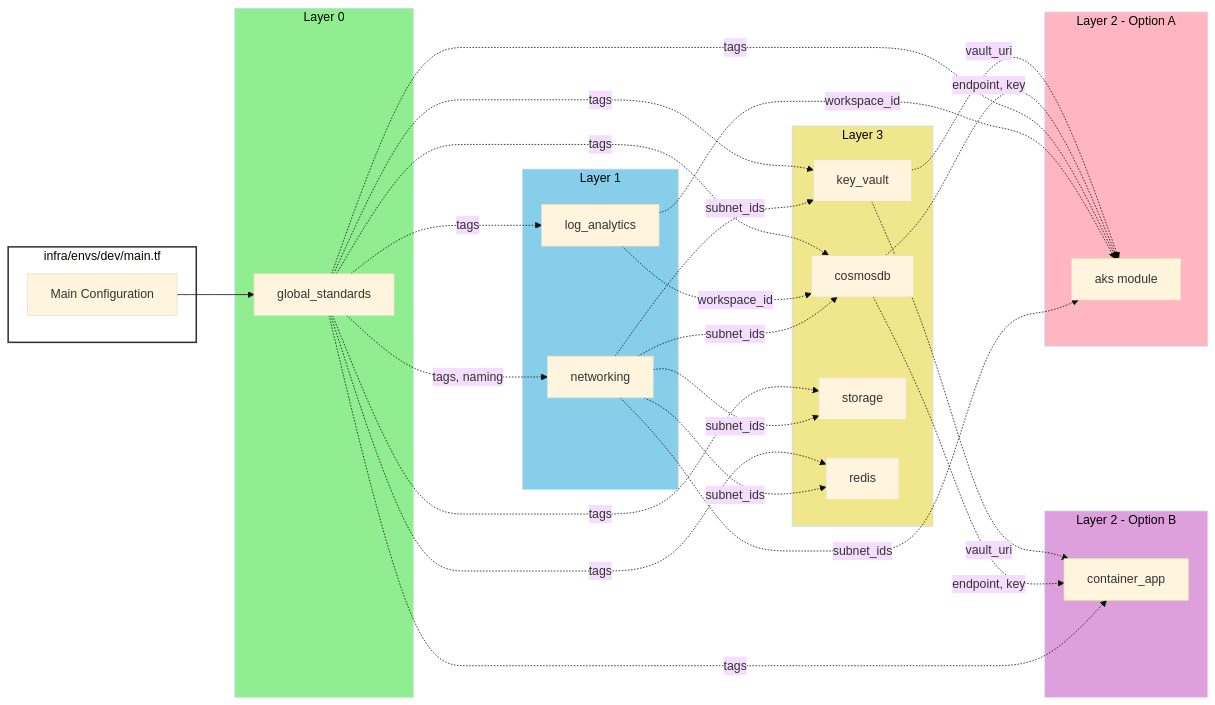
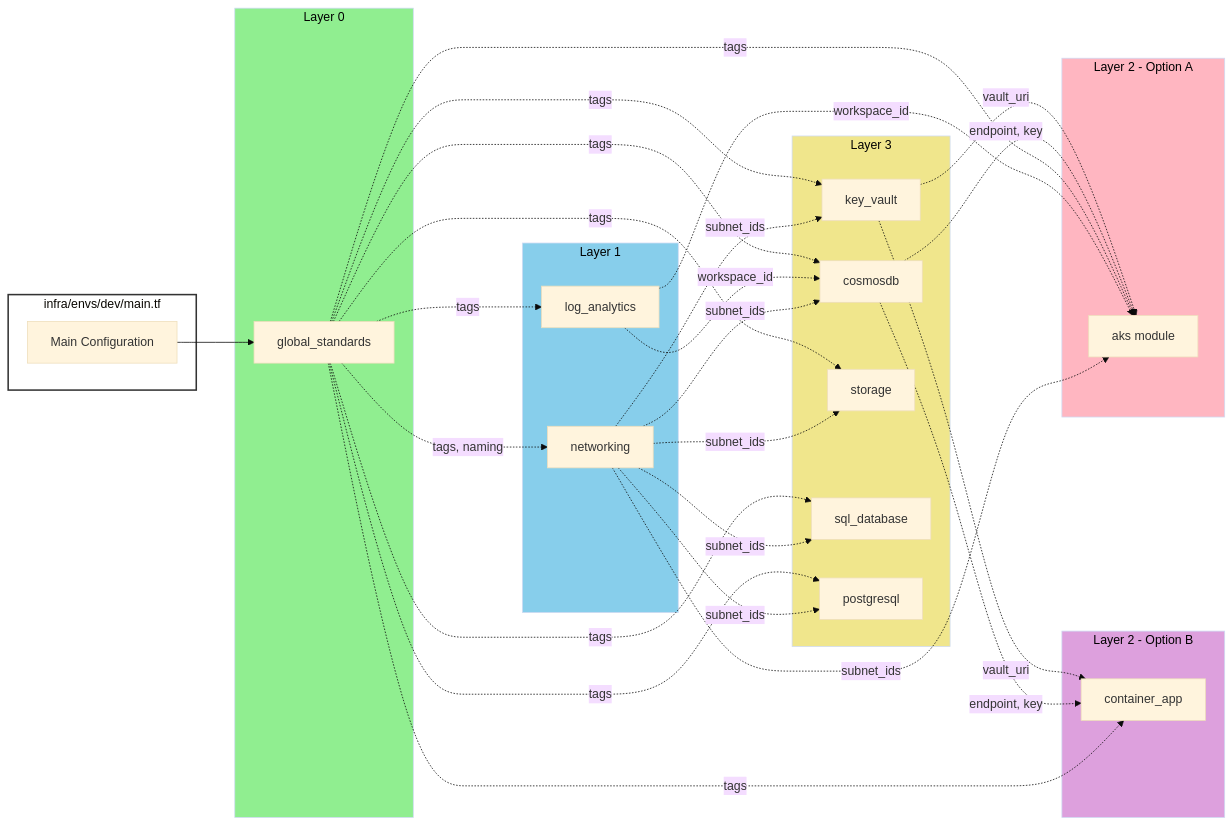
The second of 3 diagrams in docs/ARCHITECTURE-QUICK-REFERENCE.md (sandy-gunawan/demoterraform), drawn with Mermaid (base theme) before and after one commit. The commit also changed other lines of this file and 66 other files, not shown here.

````diff
--- a/docs/ARCHITECTURE-QUICK-REFERENCE.md
+++ b/docs/ARCHITECTURE-QUICK-REFERENCE.md
@@ -93,66 +94,70 @@
 ```mermaid
 graph LR
     subgraph Env["infra/envs/dev/main.tf"]
         Main[Main Configuration]
     end
     
     subgraph L0["Layer 0"]
         GS[global_standards]
     end
     
     subgraph L1["Layer 1"]
         Net[networking]
         LA[log_analytics]
     end
     
     subgraph L2A["Layer 2 - Option A"]
         AKS[aks module]
     end
     
     subgraph L2B["Layer 2 - Option B"]
         CA[container_app]
     end
     
     subgraph L3["Layer 3"]
         Cosmos[cosmosdb]
         KV[key_vault]
         Storage[storage]
-        Redis[redis]
+        SQL[sql_database]
+        PG[postgresql]
     end
     
     Main --> GS
     
     GS -.tags, naming.-> Net
     GS -.tags.-> LA
     
     Net -.subnet_ids.-> AKS
     LA -.workspace_id.-> AKS
     GS -.tags.-> AKS
     
     GS -.tags.-> CA
     
     Net -.subnet_ids.-> Cosmos
     LA -.workspace_id.-> Cosmos
     GS -.tags.-> Cosmos
     
     Net -.subnet_ids.-> KV
     GS -.tags.-> KV
     
     Net -.subnet_ids.-> Storage
     GS -.tags.-> Storage
     
-    Net -.subnet_ids.-> Redis
-    GS -.tags.-> Redis
+    Net -.subnet_ids.-> SQL
+    GS -.tags.-> SQL
+    
+    Net -.subnet_ids.-> PG
+    GS -.tags.-> PG
     
     Cosmos -.endpoint, key.-> AKS
     Cosmos -.endpoint, key.-> CA
     KV -.vault_uri.-> AKS
     KV -.vault_uri.-> CA
     
     style L0 fill:#90EE90,color:#000
     style L1 fill:#87CEEB,color:#000
     style L2A fill:#FFB6C1,color:#000
     style L2B fill:#DDA0DD,color:#000
     style L3 fill:#F0E68C,color:#000
     style Env fill:#FFF,stroke:#333,stroke-width:2px
 ```
````
